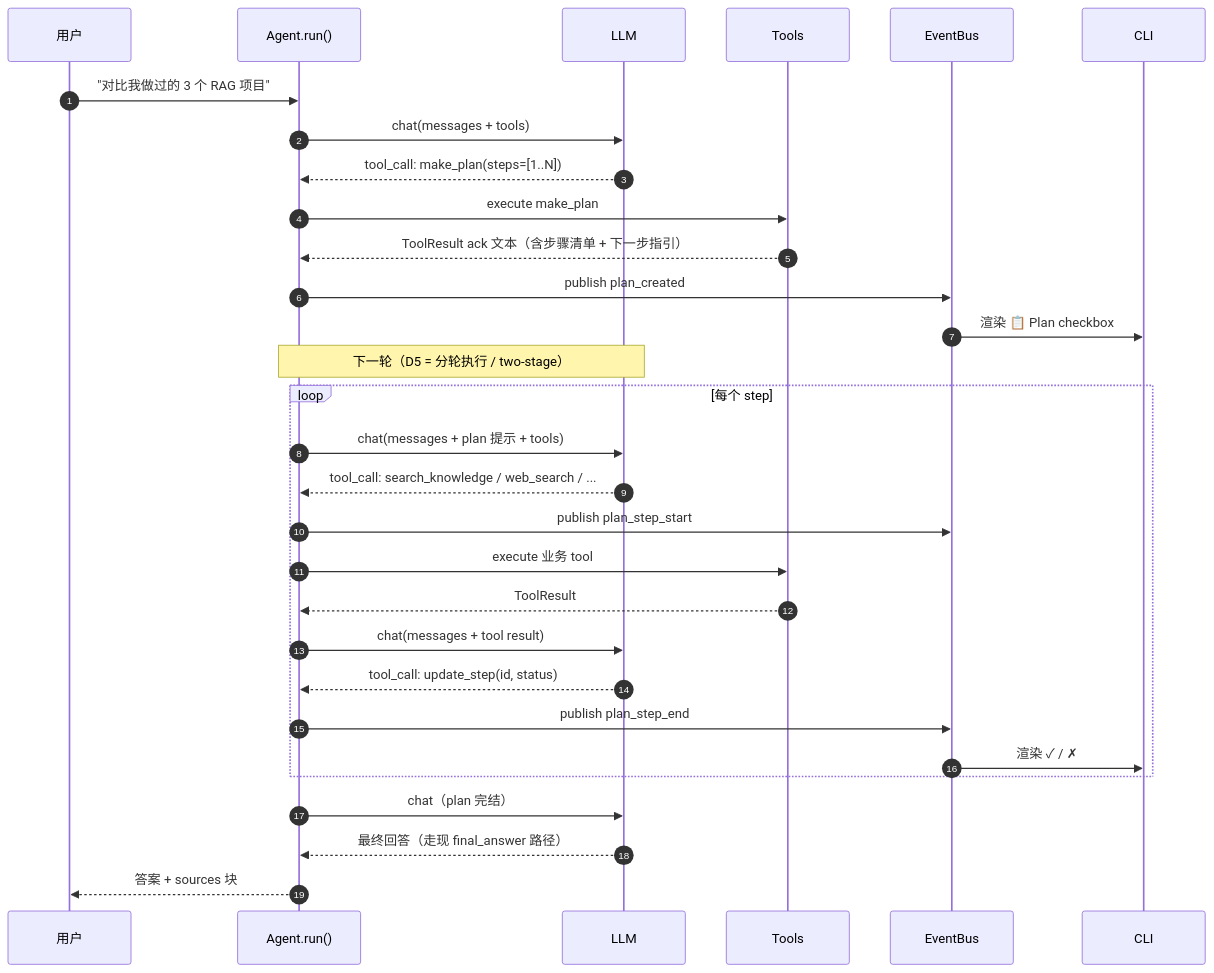
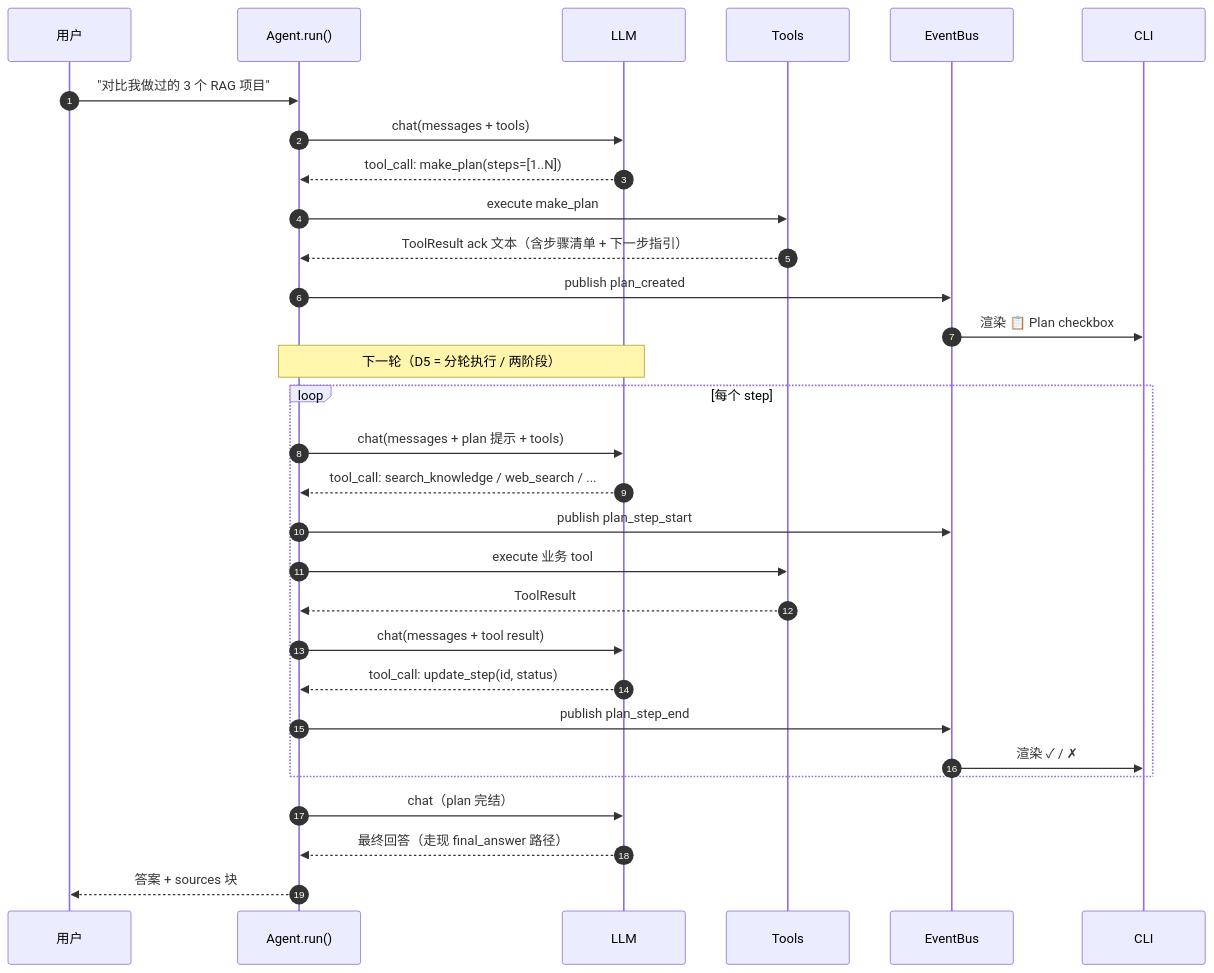
Before and after one commit to michaelwangzhenan/AgentA: the fourth of 4 diagrams in docs/iter_2.md, drawn with Mermaid. The commit also changed other lines of this file and 24 other files, not shown here.

````diff
--- a/docs/iter_2.md
+++ b/docs/iter_2.md
@@ -1581,36 +1581,36 @@
 ```mermaid
 sequenceDiagram
     autonumber
     participant U as 用户
     participant A as Agent.run()
     participant L as LLM
     participant T as Tools
     participant E as EventBus
     participant C as CLI
 
     U->>A: "对比我做过的 3 个 RAG 项目"
     A->>L: chat(messages + tools)
     L-->>A: tool_call: make_plan(steps=[1..N])
     A->>T: execute make_plan
     T-->>A: ToolResult ack 文本（含步骤清单 + 下一步指引）
     A->>E: publish plan_created
     E->>C: 渲染 📋 Plan checkbox
 
-    Note over A,L: 下一轮（D5 = 分轮执行 / two-stage）
+    Note over A,L: 下一轮（D5 = 分轮执行 / 两阶段）
 
     loop 每个 step
         A->>L: chat(messages + plan 提示 + tools)
         L-->>A: tool_call: search_knowledge / web_search / ...
         A->>E: publish plan_step_start
         A->>T: execute 业务 tool
         T-->>A: ToolResult
         A->>L: chat(messages + tool result)
         L-->>A: tool_call: update_step(id, status)
         A->>E: publish plan_step_end
         E->>C: 渲染 ✓ / ✗
     end
 
     A->>L: chat（plan 完结）
     L-->>A: 最终回答（走现 final_answer 路径）
     A-->>U: 答案 + sources 块
 ```
````
